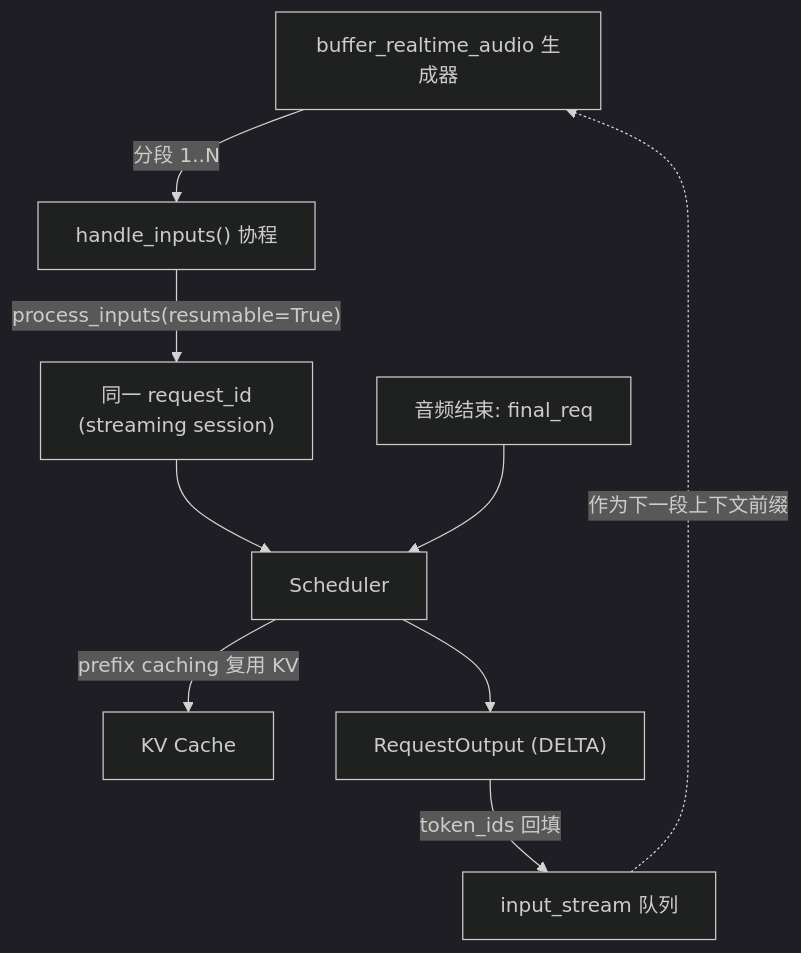
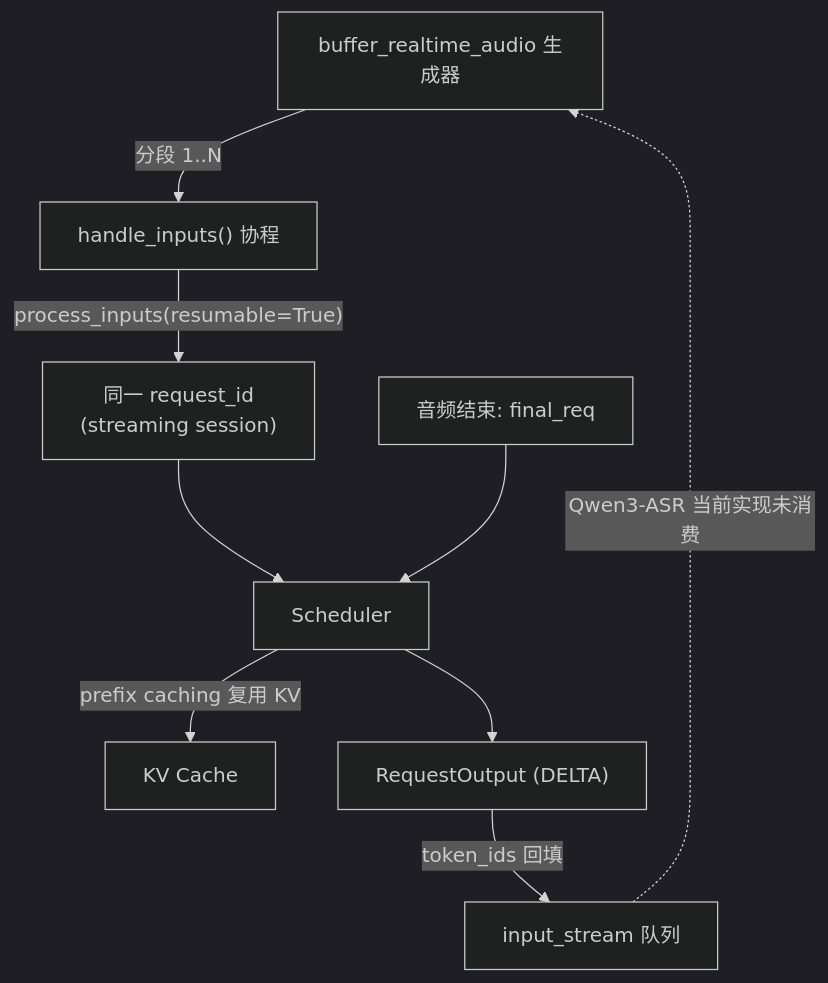
The fourth of 8 diagrams in docs/serving/online_serving/qwen3_asr_realtime_analysis_zh.md (zhongyu09/vllm), drawn with Mermaid (dark theme) before and after one commit. The commit also changed other lines of this file, not shown here.

````diff
--- a/docs/serving/online_serving/qwen3_asr_realtime_analysis_zh.md
+++ b/docs/serving/online_serving/qwen3_asr_realtime_analysis_zh.md
@@ -232,11 +232,11 @@
 ```mermaid
 flowchart TB
     G["buffer_realtime_audio 生成器"] -->|"分段 1..N"| H["handle_inputs() 协程"]
     H -->|"process_inputs(resumable=True)"| RQ["同一 request_id<br/>(streaming session)"]
     RQ --> SC["Scheduler"]
     SC -->|"prefix caching 复用 KV"| KV["KV Cache"]
     SC --> OUT["RequestOutput (DELTA)"]
     OUT -->|"token_ids 回填"| IS["input_stream 队列"]
-    IS -.->|"作为下一段上下文前缀"| G
+    IS -.->|"Qwen3-ASR 当前实现未消费"| G
     END["音频结束: final_req"] --> SC
 ```
````
